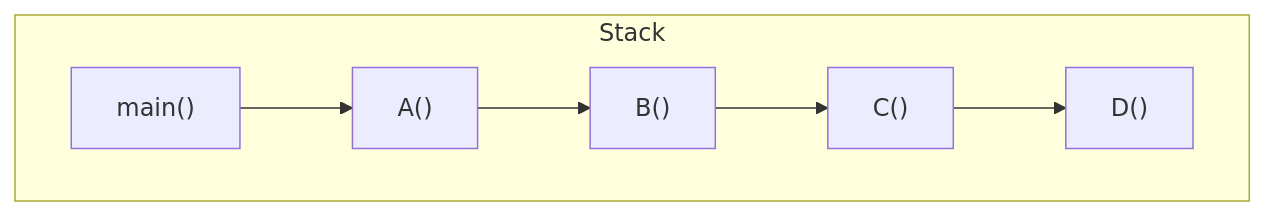
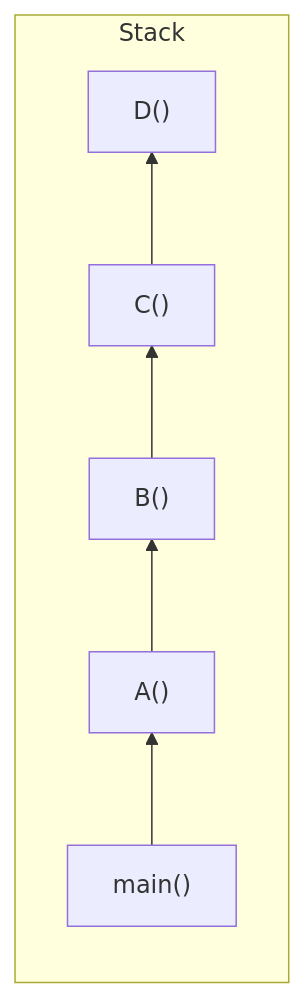
Before and after one commit to ianchen0419/cpp-leetcode: diagram 14 of 19 in dynamic-memory.md, drawn with Mermaid. The commit also changed other lines of this file, not shown here.

````diff
--- a/dynamic-memory.md
+++ b/dynamic-memory.md
@@ -370,9 +370,10 @@
 ```mermaid
 flowchart
     subgraph Stack
+    direction BT
     a3["C()"]-->a4["D()"]
     a2["B()"]-->a3["C()"]
     a1["A()"]-->a2["B()"]
     a0["main()"]-->a1["A()"]
     end
 ```
````
